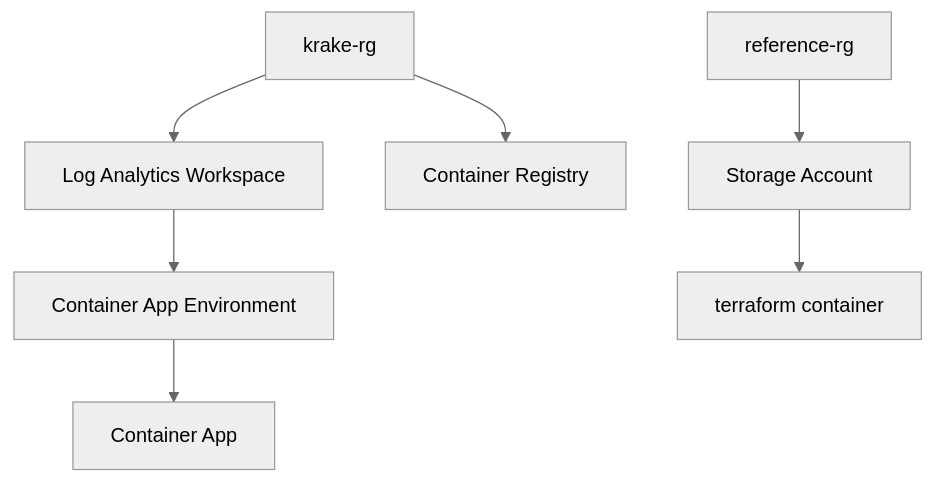
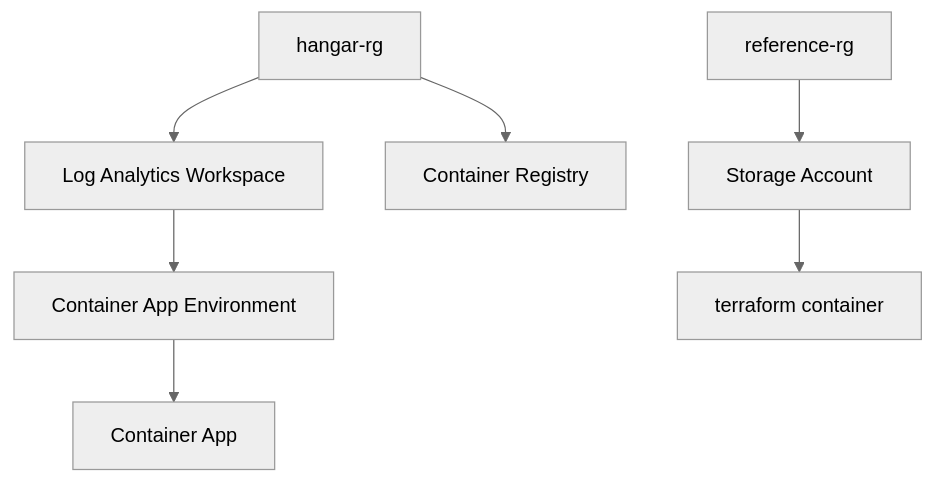
Before and after one commit to krake747/hangar-747: the diagram in infra/azure/README.md, drawn with Mermaid (neutral theme). The commit also changed other lines of this file and 10 other files, not shown here.

Commit message:
enhance readme and corect krake to hangar

````diff
--- a/infra/azure/README.md
+++ b/infra/azure/README.md
@@ -16,9 +21,9 @@
 ```mermaid
 graph TD
-    A[krake-rg] --> B[Log Analytics Workspace]
+    A[hangar-rg] --> B[Log Analytics Workspace]
     A --> C[Container Registry]
     B --> D[Container App Environment]
     D --> E[Container App]
     F[reference-rg] --> G[Storage Account]
     G --> H[terraform container]
 ```
````
